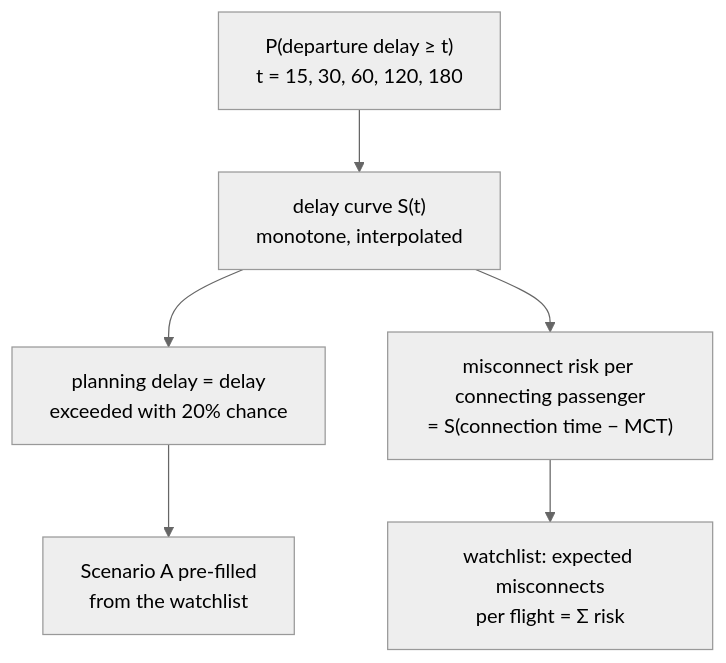
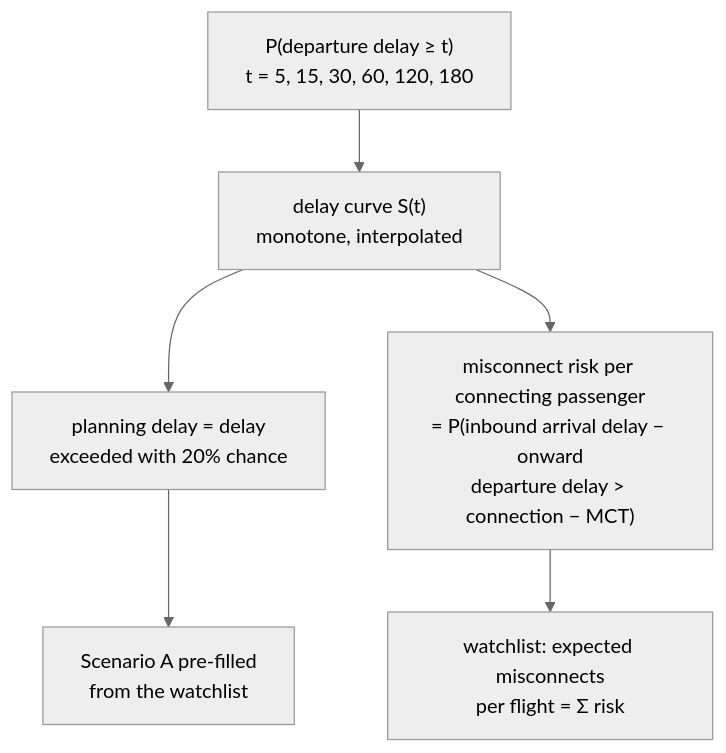
Diagram 11 of 12 in products/disruption-advisor/source/disruption-advisor/docs/architecture/SYSTEM_ARCHITECTURE.md (bimsarav/Hackathon-606), drawn with Mermaid (neutral theme) before and after one commit. The commit also changed other lines of this file and 35 other files, not shown here.

````diff
--- a/products/disruption-advisor/source/disruption-advisor/docs/architecture/SYSTEM_ARCHITECTURE.md
+++ b/products/disruption-advisor/source/disruption-advisor/docs/architecture/SYSTEM_ARCHITECTURE.md
@@ -300,8 +299,8 @@
 ```mermaid
 flowchart TB
-  P["P(departure delay ≥ t)<br/>t = 15, 30, 60, 120, 180"] --> Sv["delay curve S(t)<br/>monotone, interpolated"]
+  P["P(departure delay ≥ t)<br/>t = 5, 15, 30, 60, 120, 180"] --> Sv["delay curve S(t)<br/>monotone, interpolated"]
   Sv --> P80[planning delay = delay<br/>exceeded with 20% chance]
-  Sv --> M["misconnect risk per connecting passenger<br/>= S(connection time − MCT)"]
+  Sv --> M["misconnect risk per connecting passenger<br/>= P(inbound arrival delay − onward<br/>departure delay > connection − MCT)"]
   P80 --> A[Scenario A pre-filled<br/>from the watchlist]
   M --> WL[watchlist: expected misconnects<br/>per flight = Σ risk]
 ```
````
